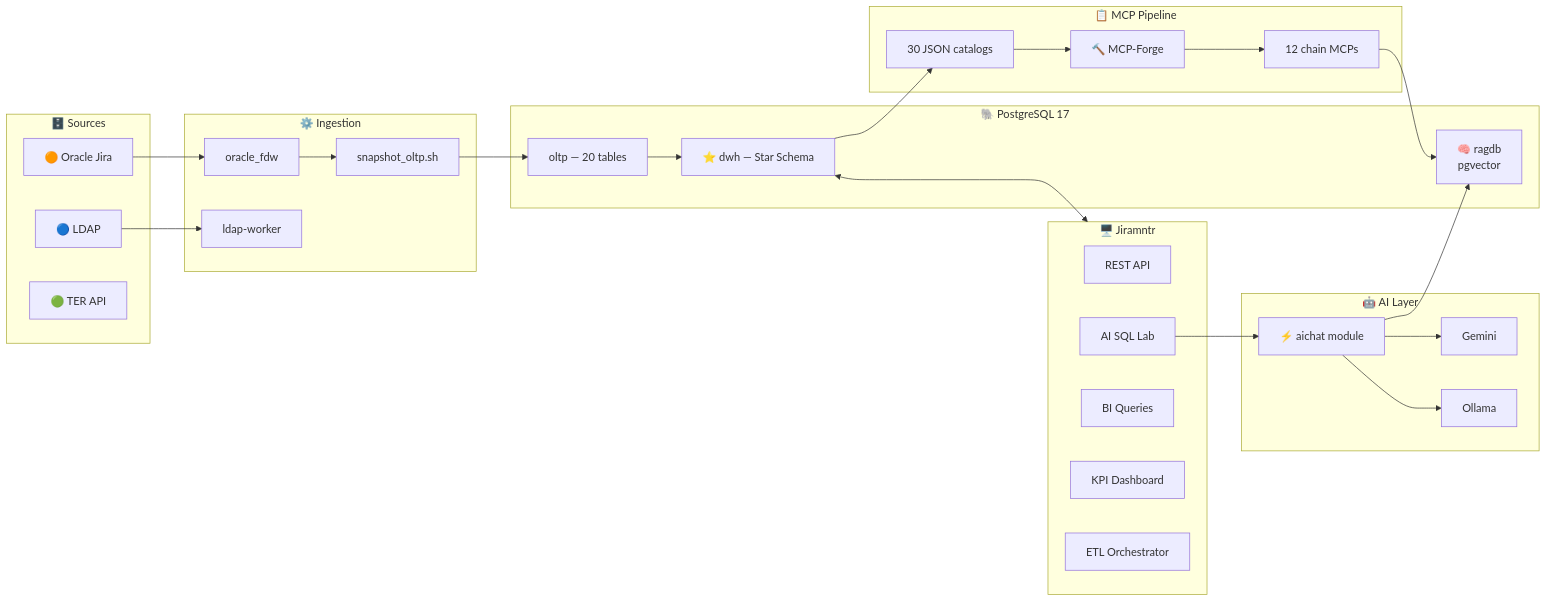
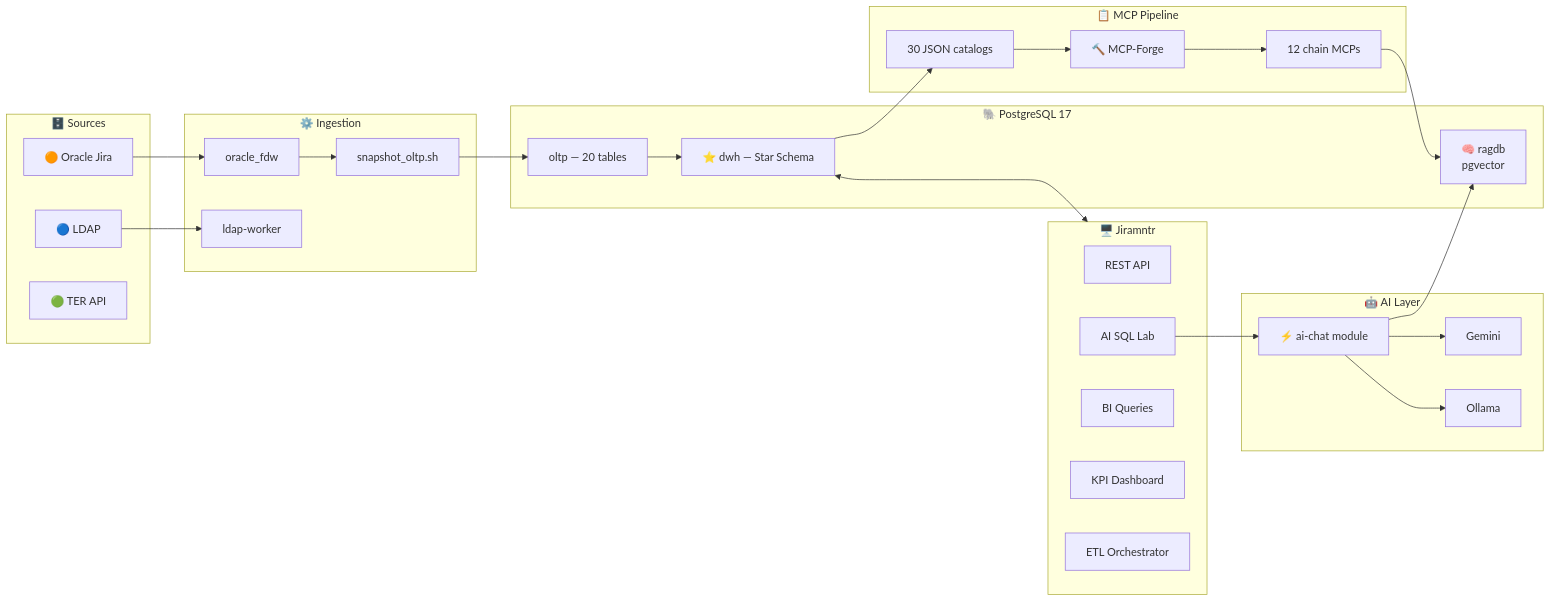
Before and after one commit to gnemet/lookin: the diagram in layers/jiramntr/architecture.mmd, drawn with Mermaid. The commit also changed 29 other files, not shown here.

```diff
--- a/layers/jiramntr/architecture.mmd
+++ b/layers/jiramntr/architecture.mmd
@@ -1,51 +1,51 @@
 graph LR
     subgraph SOURCES["🗄️ Sources"]
         ORACLE["🟠 Oracle Jira"]
         LDAP["🔵 LDAP"]
         TER["🟢 TER API"]
     end
 
     subgraph INGEST["⚙️ Ingestion"]
         FDW["oracle_fdw"]
         SNAPSHOT["snapshot_oltp.sh"]
         LDAP_IMP["ldap-worker"]
     end
 
     subgraph PG["🐘 PostgreSQL 17"]
         OLTP["oltp — 20 tables"]
         DWH["⭐ dwh — Star Schema"]
         RAGDB["🧠 ragdb<br/>pgvector"]
     end
 
     subgraph MCP["📋 MCP Pipeline"]
         CATALOGS["30 JSON catalogs"]
         CHAINS["12 chain MCPs"]
         MCPFORGE["🔨 MCP-Forge"]
     end
 
     subgraph APP["🖥️ Jiramntr"]
         API["REST API"]
         AISQL["AI SQL Lab"]
         BIMOD["BI Queries"]
         KPIMOD["KPI Dashboard"]
         ETL["ETL Orchestrator"]
     end
 
     subgraph AI["🤖 AI Layer"]
-        AICHAT["⚡ aichat module"]
+        AICHAT["⚡ ai-chat module"]
         GEMINI["Gemini"]
         OLLAMA["Ollama"]
     end
 
     ORACLE --> FDW --> SNAPSHOT --> OLTP
     LDAP --> LDAP_IMP
     OLTP --> DWH
     DWH --> CATALOGS
     CATALOGS --> MCPFORGE
     MCPFORGE --> CHAINS
     CHAINS --> RAGDB
     DWH <--> APP
     AISQL --> AICHAT
     AICHAT --> GEMINI
     AICHAT --> OLLAMA
     AICHAT --> RAGDB
```
